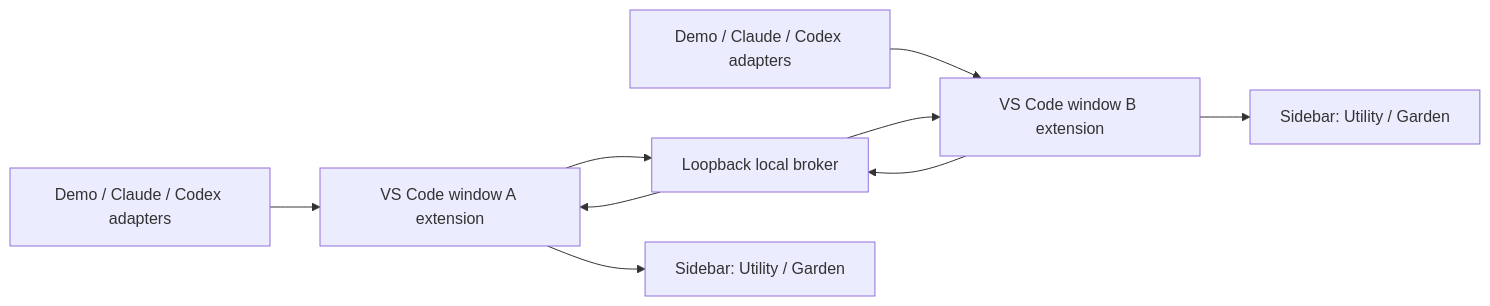
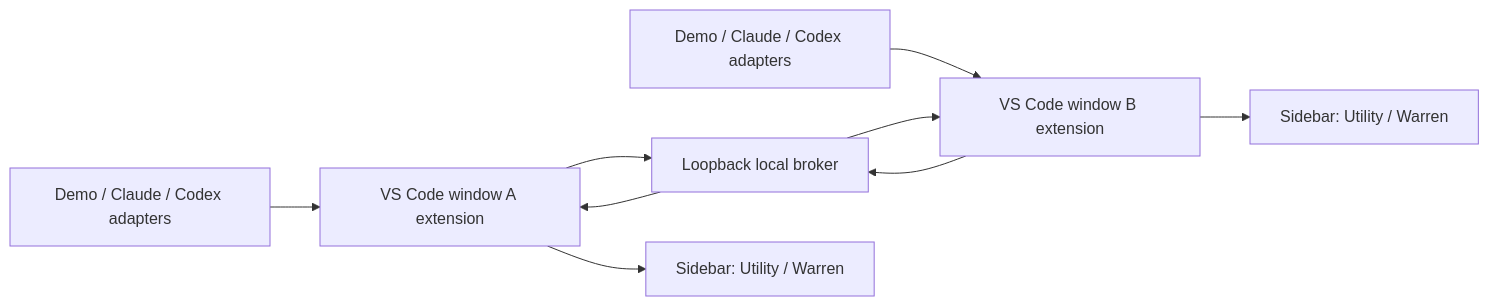
Before and after one commit to HqSelene/Warren-for-VS-Code: the diagram in docs/BUILD_PLAN.md, drawn with Mermaid. The commit also changed other lines of this file and 13 other files, not shown here.

````diff
--- a/docs/BUILD_PLAN.md
+++ b/docs/BUILD_PLAN.md
@@ -63,11 +63,11 @@
 ```mermaid
 flowchart LR
     A["VS Code window A extension"] --> B["Loopback local broker"]
     C["VS Code window B extension"] --> B
     D["Demo / Claude / Codex adapters"] --> A
     E["Demo / Claude / Codex adapters"] --> C
     B --> A
     B --> C
-    A --> F["Sidebar: Utility / Garden"]
-    C --> G["Sidebar: Utility / Garden"]
+    A --> F["Sidebar: Utility / Warren"]
+    C --> G["Sidebar: Utility / Warren"]
 ```
````
